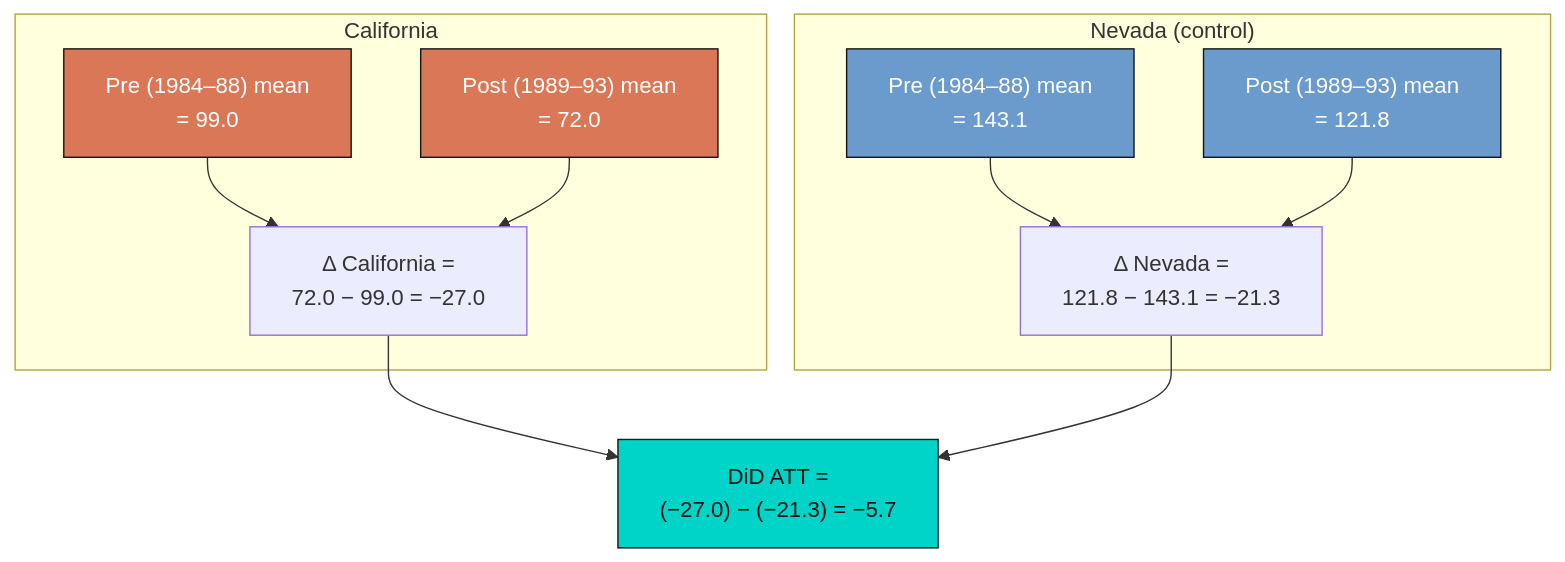
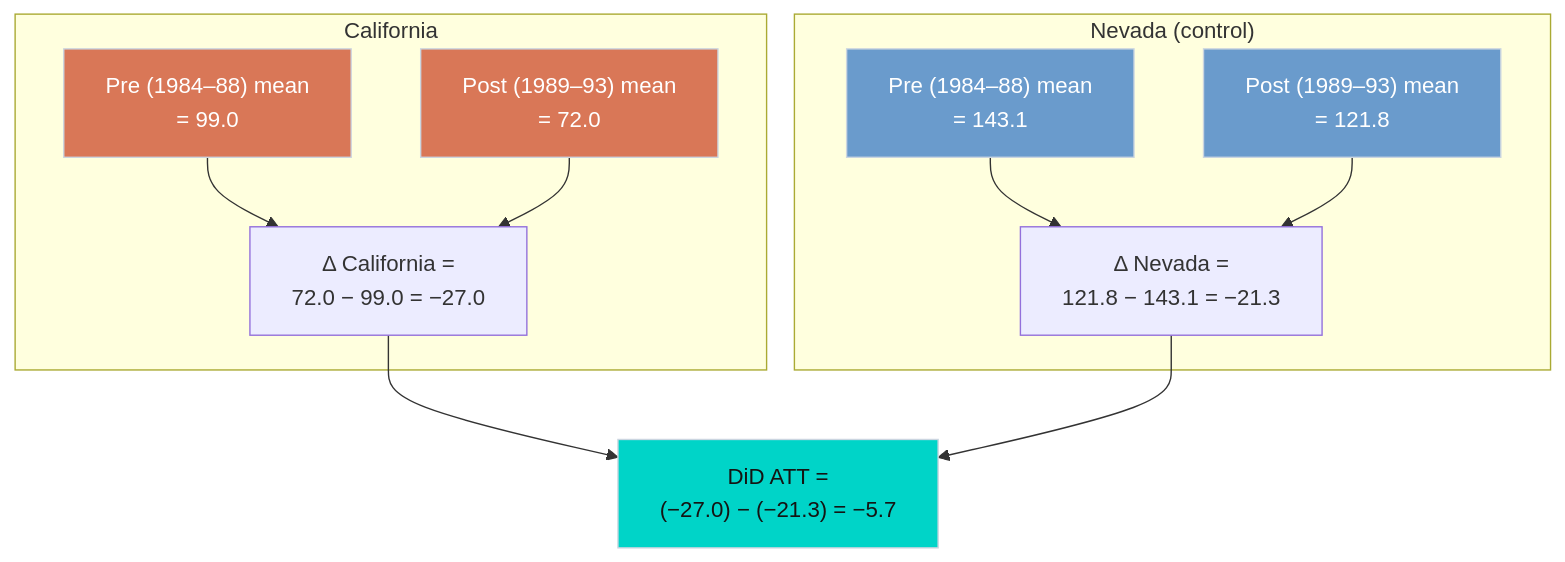
Before and after one commit to quarcs-lab/ccm: the diagram in 04-basic-diff-in-diff.qmd, drawn with Mermaid. The commit also changed other lines of this file and 34 other files, not shown here.

````diff
--- a/04-basic-diff-in-diff.qmd
+++ b/04-basic-diff-in-diff.qmd
@@ -19,19 +19,21 @@
 ```{mermaid}
+%%| label: fig-did-22-grid
+%%| fig-cap: "The DiD 2×2 grid: California vs Nevada × Pre vs Post. The interaction term recovers the difference of differences."
 flowchart TB
     subgraph "California"
         CA_pre["Pre (1984–88) mean<br/>= 99.0"] --> CA_d["Δ California =<br/>72.0 − 99.0 = −27.0"]
         CA_post["Post (1989–93) mean<br/>= 72.0"] --> CA_d
     end
     subgraph "Nevada (control)"
         NV_pre["Pre (1984–88) mean<br/>= 143.1"] --> NV_d["Δ Nevada =<br/>121.8 − 143.1 = −21.3"]
         NV_post["Post (1989–93) mean<br/>= 121.8"] --> NV_d
     end
     CA_d --> DD["DiD ATT =<br/>(−27.0) − (−21.3) = −5.7"]
     NV_d --> DD
 
-    style CA_pre fill:#d97757,stroke:#141413,color:#fff
-    style CA_post fill:#d97757,stroke:#141413,color:#fff
-    style NV_pre fill:#6a9bcc,stroke:#141413,color:#fff
-    style NV_post fill:#6a9bcc,stroke:#141413,color:#fff
-    style DD fill:#00d4c8,stroke:#141413,color:#141413
+    style CA_pre fill:#d97757,stroke:#cbd5e0,color:#fff
+    style CA_post fill:#d97757,stroke:#cbd5e0,color:#fff
+    style NV_pre fill:#6a9bcc,stroke:#cbd5e0,color:#fff
+    style NV_post fill:#6a9bcc,stroke:#cbd5e0,color:#fff
+    style DD fill:#00d4c8,stroke:#cbd5e0,color:#141413
 ```
````
